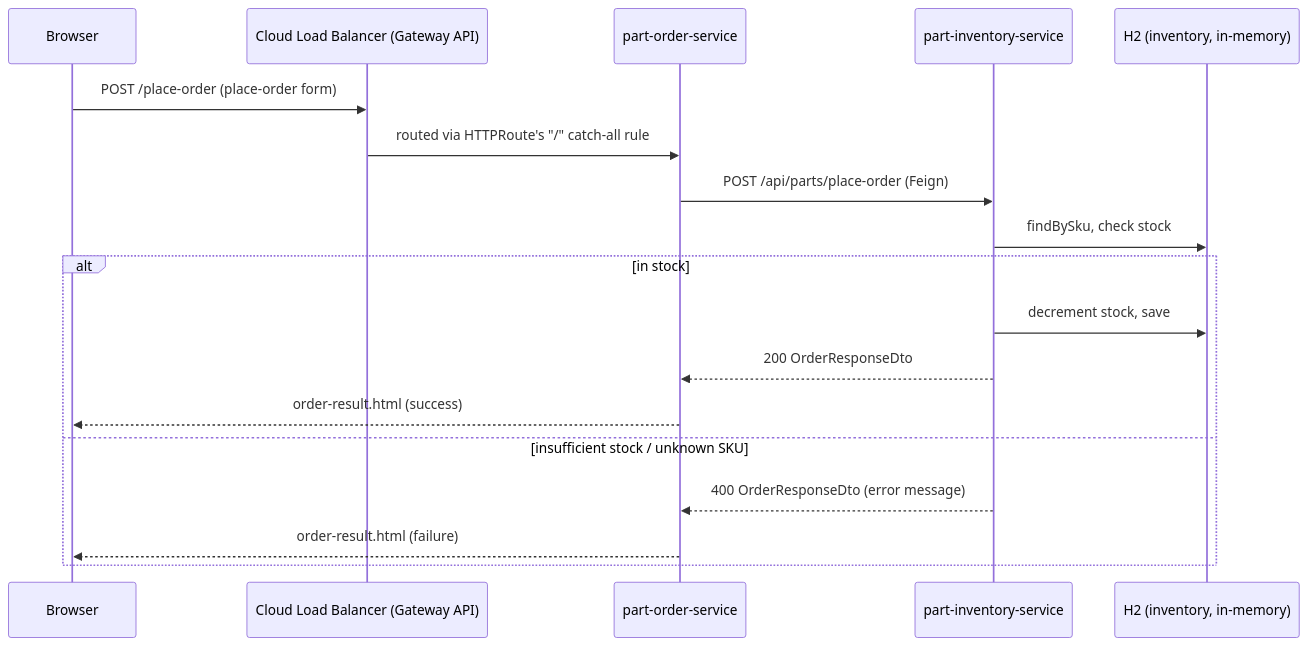
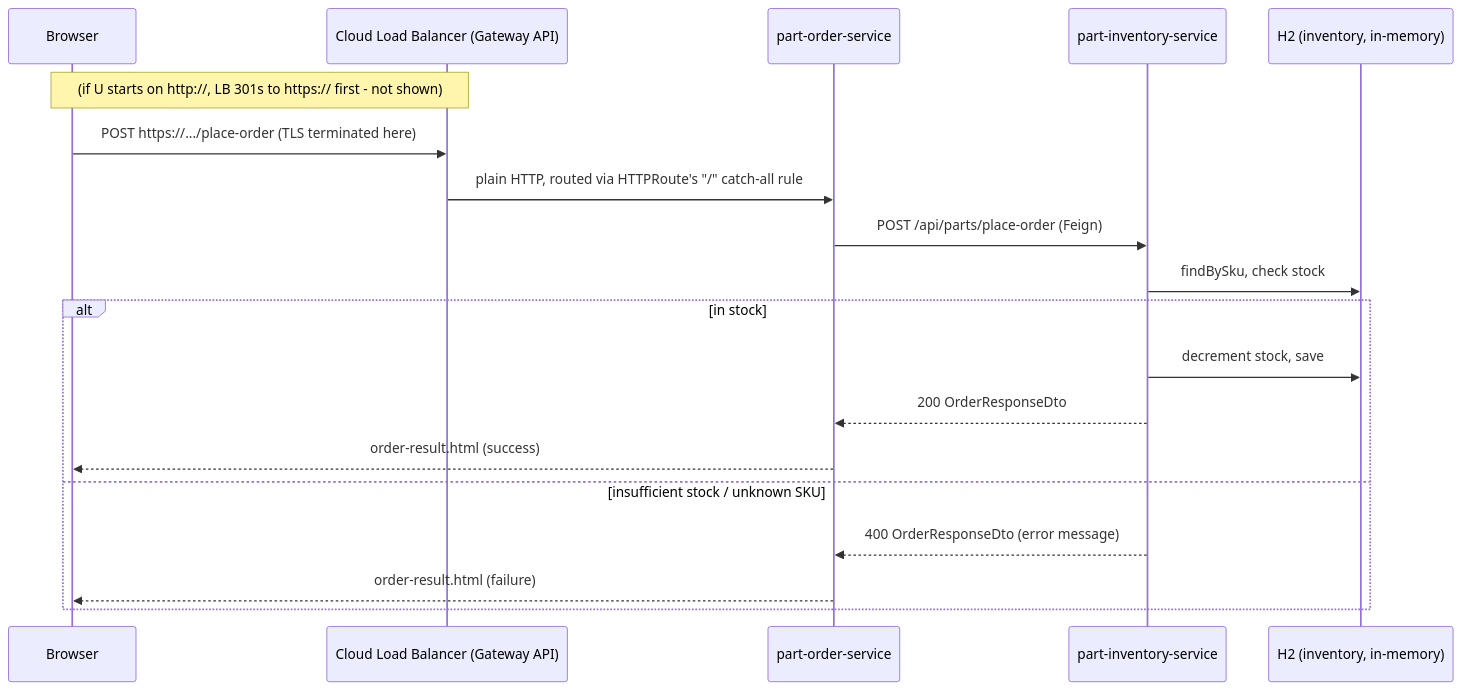
One commit to ramanujds/devops-learning-journey changed the second of 2 diagrams in applications-and-source-code/part-order-app-java/k8s-with-gateway-api/NOTES.md. Above: the diagram before and after it, drawn with Mermaid. The commit also changed other lines of this file and 2 other files, not shown here.

Commit message:
feat: Enhance Gateway API configuration with TLS termination and HTTP to HTTPS redirection

````diff
--- a/applications-and-source-code/part-order-app-java/k8s-with-gateway-api/NOTES.md
+++ b/applications-and-source-code/part-order-app-java/k8s-with-gateway-api/NOTES.md
@@ -89,21 +98,22 @@
 ```mermaid
 sequenceDiagram
     participant U as Browser
     participant LB as Cloud Load Balancer (Gateway API)
     participant O as part-order-service
     participant I as part-inventory-service
     participant D as H2 (inventory, in-memory)
 
-    U->>LB: POST /place-order (place-order form)
-    LB->>O: routed via HTTPRoute's "/" catch-all rule
+    Note over U,LB: (if U starts on http://, LB 301s to https:// first - not shown)
+    U->>LB: POST https://.../place-order (TLS terminated here)
+    LB->>O: plain HTTP, routed via HTTPRoute's "/" catch-all rule
     O->>I: POST /api/parts/place-order (Feign)
     I->>D: findBySku, check stock
     alt in stock
         I->>D: decrement stock, save
         I-->>O: 200 OrderResponseDto
         O-->>U: order-result.html (success)
     else insufficient stock / unknown SKU
         I-->>O: 400 OrderResponseDto (error message)
         O-->>U: order-result.html (failure)
     end
 ```
````
